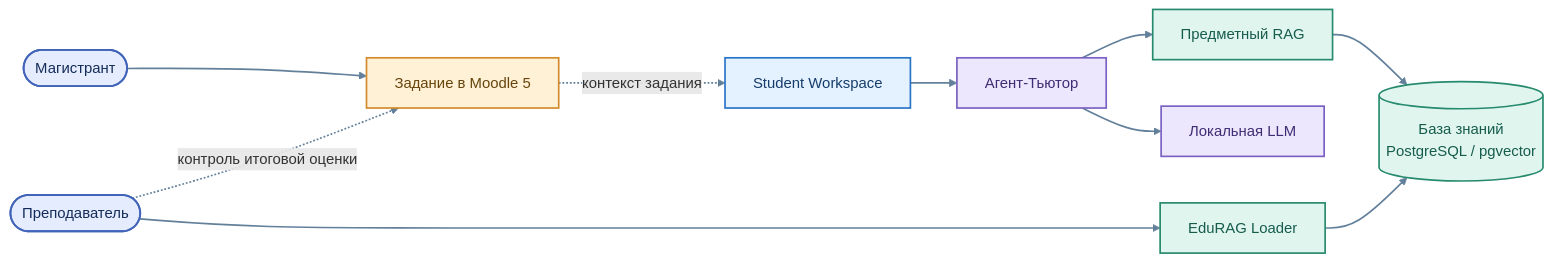
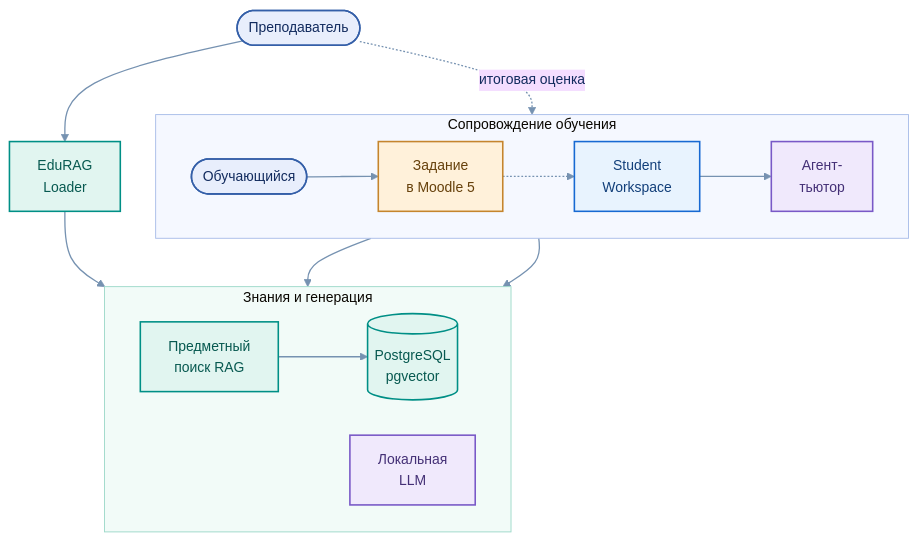
The first of 3 diagrams in README.md (BosenkoTM/llm-data-analytics-tutor), drawn with Mermaid before and after one commit. The commit also changed other lines of this file, not shown here.

````diff
--- a/README.md
+++ b/README.md
@@ -12,27 +29,36 @@
 ```mermaid
-flowchart LR
-    S(["Магистрант"]) --> M["Задание в Moodle 5"]
-    M -. "контекст задания" .-> W["Student Workspace"]
-    W --> T["Агент-Тьютор"]
-    T --> R["Предметный RAG"]
-    T --> O["Локальная LLM"]
-    R --> K[("База знаний<br/>PostgreSQL / pgvector")]
-    P(["Преподаватель"]) --> L["EduRAG Loader"]
-    L --> K
-    P -. "контроль итоговой оценки" .-> M
-    class S,P person;
-    class M lms;
-    class W ui;
-    class T,O agent;
-    class R,L,K data;
-
-classDef person fill:#E5ECFD,stroke:#4164B9,color:#142C59,stroke-width:2px;
-classDef lms fill:#FFF1D6,stroke:#D28A2B,color:#66440C,stroke-width:1.8px;
-classDef ui fill:#E4F1FE,stroke:#2774C7,color:#153D6A,stroke-width:1.8px;
-classDef agent fill:#EDE7FD,stroke:#7960C2,color:#3D2D73,stroke-width:1.8px;
-classDef data fill:#E1F5EF,stroke:#268A6D,color:#155C4B,stroke-width:1.8px;
-classDef infra fill:#EBEFF5,stroke:#6F8198,color:#35445A,stroke-width:1.8px;
-classDef guard fill:#FFEBE8,stroke:#C76650,color:#7B3429,stroke-width:1.8px;
-classDef future fill:#F4F2FB,stroke:#9D95BD,color:#55506E,stroke-width:1.5px,stroke-dasharray:5 4;
-linkStyle default stroke:#63809B,stroke-width:1.8px;
+%%{init: {"theme": "base", "flowchart": {"htmlLabels": true, "nodeSpacing": 38, "rankSpacing": 52}, "themeVariables": {"fontFamily": "Arial, sans-serif", "fontSize": "15px", "background": "#ffffff", "primaryTextColor": "#122B5E", "lineColor": "#7692B1"}}}%%
+flowchart TB
+  subgraph STUD["Сопровождение обучения"]
+    direction LR
+    S(["Обучающийся"]) --> MD["Задание<br/>в Moodle 5"]
+    MD -.-> UI["Student<br/>Workspace"]
+    UI --> T["Агент-<br/>тьютор"]
+  end
+  subgraph KNOW["Знания и генерация"]
+    direction LR
+    R["Предметный<br/>поиск RAG"] --> PG[("PostgreSQL<br/>pgvector")]
+    O["Локальная<br/>LLM"]
+  end
+  PR(["Преподаватель"]) --> LO["EduRAG<br/>Loader"]
+  LO --> PG
+  T --> R
+  T --> O
+  PR -. "итоговая оценка" .-> MD
+  class S,PR person;
+  class MD lms;
+  class UI ui;
+  class T,O agent;
+  class LO,R,PG data;
+  style STUD fill:#F5F8FF,stroke:#A9BDE9,stroke-width:1px;
+  style KNOW fill:#F2FBF8,stroke:#9ED9CA,stroke-width:1px;
+classDef person fill:#E8EEFC,stroke:#345FA8,color:#122B5E,stroke-width:1.7px;
+classDef lms fill:#FFF1DA,stroke:#C5852D,color:#66400B,stroke-width:1.7px;
+classDef ui fill:#E8F3FE,stroke:#1769D2,color:#123F7A,stroke-width:1.7px;
+classDef agent fill:#F0E9FC,stroke:#7959C7,color:#443076,stroke-width:1.7px;
+classDef data fill:#E1F5F0,stroke:#008F86,color:#075950,stroke-width:1.7px;
+classDef infra fill:#EFF2F7,stroke:#6B7F95,color:#33465E,stroke-width:1.7px;
+classDef future fill:#F8F6FC,stroke:#9A88B9,color:#605579,stroke-width:1.5px,stroke-dasharray:4 4;
+classDef guard fill:#FFF0EB,stroke:#D36E56,color:#813C2C,stroke-width:1.7px;
+linkStyle default stroke:#7692B1,stroke-width:1.4px;
 ```
````
